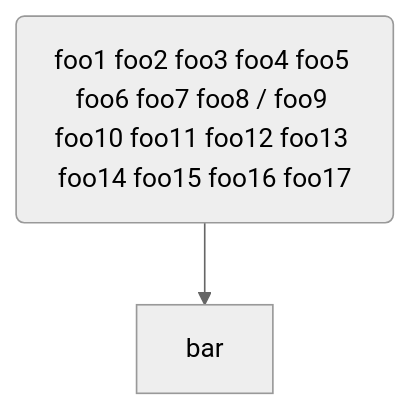
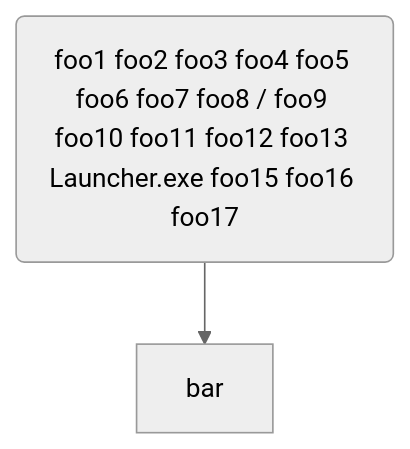
Diagram 16 of 16 in sandbox/MerMaid_diagram_integration.md (funjobie/OpenSwordArtsVR), drawn with Mermaid (neutral theme) before and after one commit. The commit also changed other lines of this file, not shown here.

Commit message:
refine troubleshooting example

````diff
--- a/sandbox/MerMaid_diagram_integration.md
+++ b/sandbox/MerMaid_diagram_integration.md
@@ -205,4 +205,4 @@
 ```mermaid
 flowchart TD
-    foo(foo1 foo2 foo3 foo4 foo5 foo6 foo7 foo8 / foo9 foo10 foo11 foo12 foo13 foo14 foo15 foo16 foo17) --> bar
+    foo(foo1 foo2 foo3 foo4 foo5 foo6 foo7 foo8 / foo9 foo10 foo11 foo12 foo13 Launcher.exe foo15 foo16 foo17) --> bar
 ```
````
